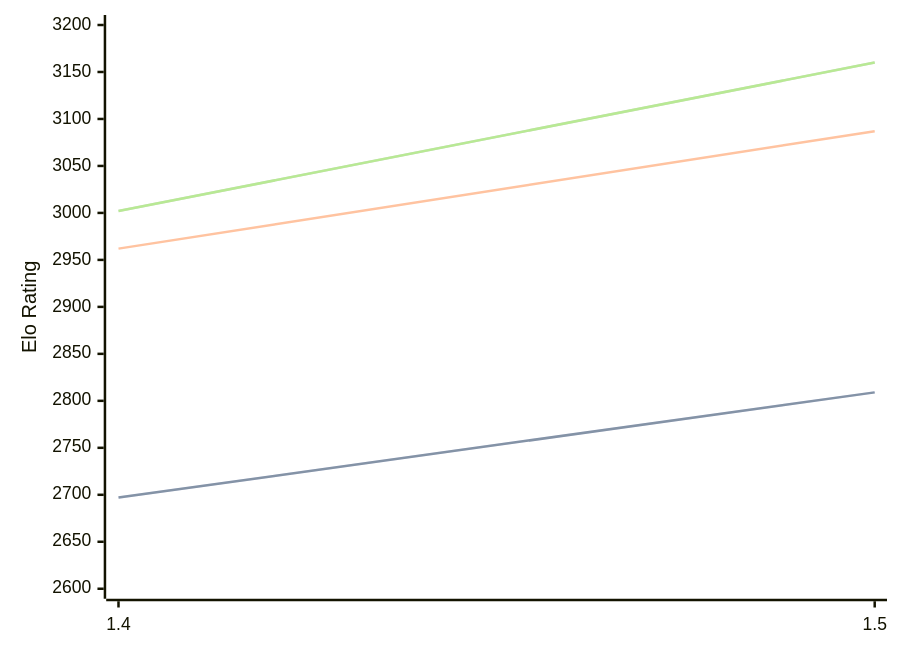
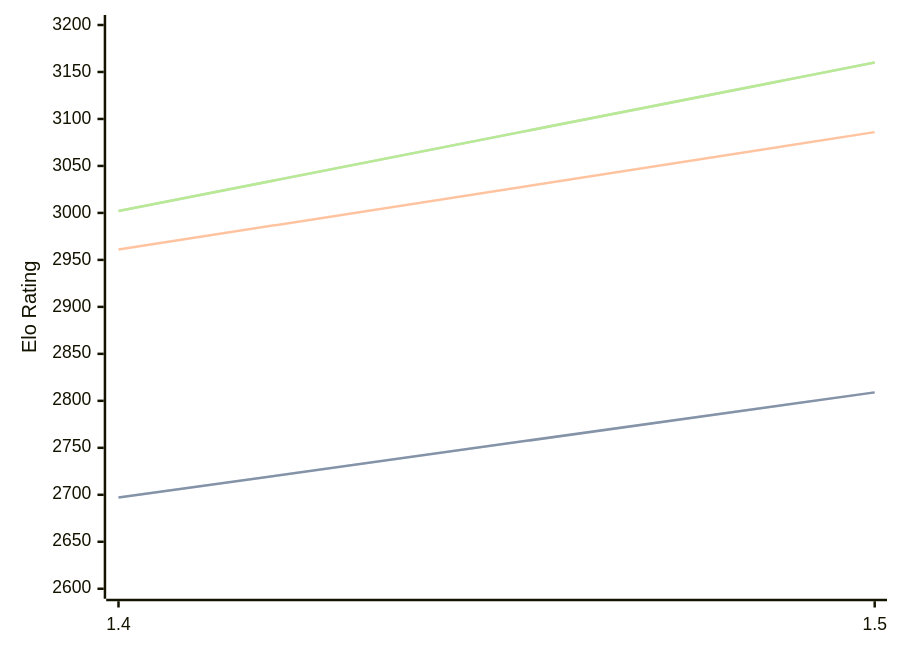
Before and after one commit to computer-chess-index/cci: the diagram in engines/Yakka.md, drawn with Mermaid. The commit also changed other lines of this file, not shown here.

````diff
--- a/engines/Yakka.md
+++ b/engines/Yakka.md
@@ -34,11 +34,11 @@
 ```mermaid
 %%{init: {"theme":"base","themeVariables":{"seriesColors:['#a3a3a3','#222221','#faa371']}}}%%
 xychart-beta
   x-axis ["1.4", "1.5"]
   y-axis "Elo Rating" 2600 --> 3200
   line "STC (8.0+0.08s)" [2697, 2809]
   line "STC (8.0+0.08s)" [2697, 2809]
-  line "LTC (60.0+0.60s)" [2962, 3087]
+  line "LTC (60.0+0.60s)" [2961, 3086]
   line "VLTC (2m24s+1.12s)" [3002, 3160]
   line "VLTC (2m24s+1.12s)" [3002, 3160]
 ```
````
